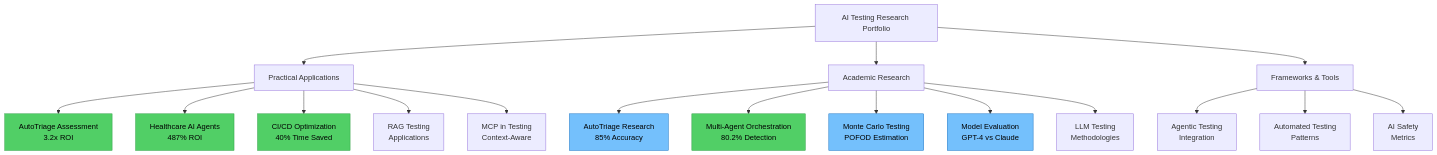
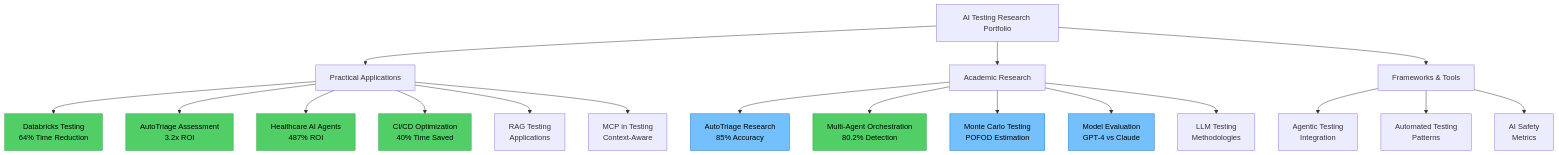
One commit to priyasanna/priyasol.github.io changed the diagram in README.md. Above: the diagram before and after it, drawn with Mermaid. The commit also changed other lines of this file and 1 other file, not shown here.

First line of the commit message:
feat: Add Databricks Testing Framework research paper - now 14 notebooks

````diff
--- a/README.md
+++ b/README.md
@@ -29,32 +29,34 @@
 ```mermaid
 graph TB
     Research[AI Testing Research Portfolio]
     
     Research --> Practical[Practical Applications]
     Research --> Academic[Academic Research]
     Research --> Tools[Frameworks & Tools]
     
+    Practical --> Databricks[Databricks Testing<br/>64% Time Reduction]
     Practical --> AutoTriage[AutoTriage Assessment<br/>3.2x ROI]
     Practical --> Healthcare[Healthcare AI Agents<br/>487% ROI]
     Practical --> CICD[CI/CD Optimization<br/>40% Time Saved]
     Practical --> RAG[RAG Testing<br/>Applications]
     Practical --> MCP[MCP in Testing<br/>Context-Aware]
     
     Academic --> AutoTriageResearch[AutoTriage Research<br/>85% Accuracy]
     Academic --> MultiAgent[Multi-Agent Orchestration<br/>80.2% Detection]
     Academic --> MonteCarlo[Monte Carlo Testing<br/>POFOD Estimation]
     Academic --> Evaluation[Model Evaluation<br/>GPT-4 vs Claude]
     Academic --> LLMTest[LLM Testing<br/>Methodologies]
     
     Tools --> Agentic[Agentic Testing<br/>Integration]
     Tools --> Patterns[Automated Testing<br/>Patterns]
     Tools --> Safety[AI Safety<br/>Metrics]
     
+    style Databricks fill:#51cf66,stroke:#2f9e44,color:#000
     style AutoTriage fill:#51cf66,stroke:#2f9e44,color:#000
     style Healthcare fill:#51cf66,stroke:#2f9e44,color:#000
     style CICD fill:#51cf66,stroke:#2f9e44,color:#000
     style AutoTriageResearch fill:#74c0fc,stroke:#1971c2,color:#000
     style MultiAgent fill:#51cf66,stroke:#2f9e44,color:#000
     style MonteCarlo fill:#74c0fc,stroke:#1971c2,color:#000
     style Evaluation fill:#74c0fc,stroke:#1971c2,color:#000
 ```
````
